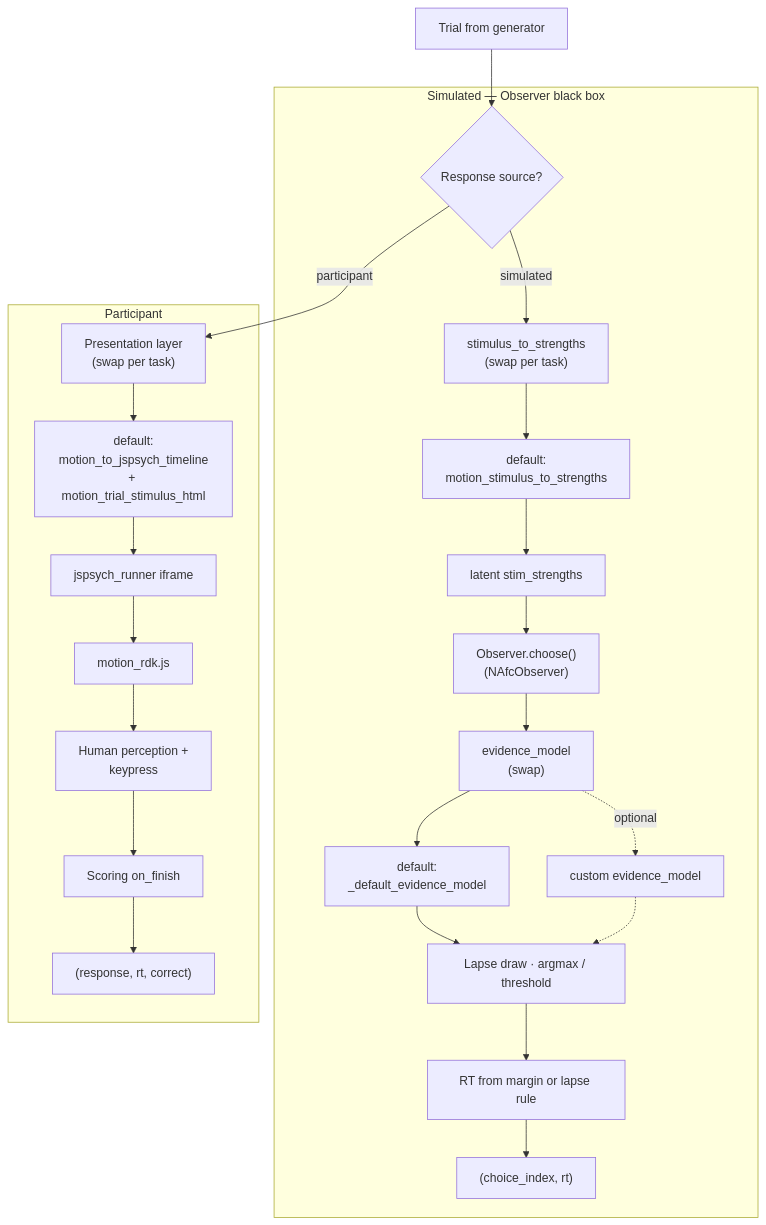
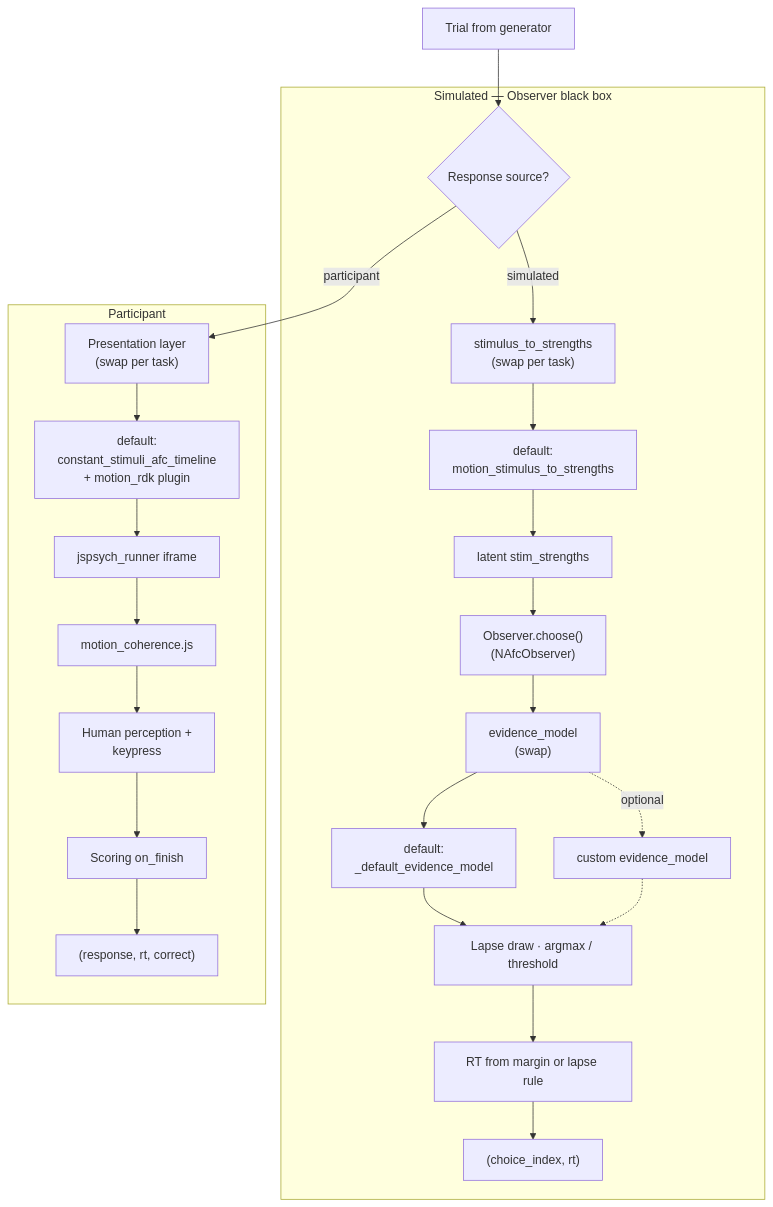
One commit to Jovan-Kemp/experiment-simulator changed the second of 2 diagrams in DOCUMENTATION.md. Above: the diagram before and after it, drawn with Mermaid. The commit also changed other lines of this file and 62 other files, not shown here.

````diff
--- a/DOCUMENTATION.md
+++ b/DOCUMENTATION.md
@@ -65,31 +65,31 @@
 ```mermaid
 flowchart TB
   trial["Trial from generator"]
 
   direction{"Response source?"}
   trial --> direction
 
   subgraph Sim["Simulated — Observer black box"]
     direction -->|simulated| stimHook["stimulus_to_strengths\n(swap per task)"]
     stimHook --> defaultMap["default:\nmotion_stimulus_to_strengths"]
     defaultMap --> strengths["latent stim_strengths"]
     strengths --> choose["Observer.choose()\n(NAfcObserver)"]
     choose --> evidenceHook["evidence_model\n(swap)"]
     evidenceHook --> defaultEV["default:\n_default_evidence_model"]
     evidenceHook -.->|optional| customEV["custom evidence_model"]
     defaultEV --> decision["Lapse draw · argmax / threshold"]
     customEV -.-> decision
     decision --> rtPath["RT from margin or lapse rule"]
     rtPath --> outSim["(choice_index, rt)"]
   end
 
   subgraph Part["Participant"]
     direction -->|participant| presHook["Presentation layer\n(swap per task)"]
-    presHook --> defaultPres["default:\nmotion_to_jspsych_timeline\n+ motion_trial_stimulus_html"]
+    presHook --> defaultPres["default:\nconstant_stimuli_afc_timeline\n+ motion_rdk plugin"]
     defaultPres --> runner["jspsych_runner iframe"]
-    runner --> rdk["motion_rdk.js"]
+    runner --> rdk["motion_coherence.js"]
     rdk --> human["Human perception +\nkeypress"]
     human --> score["Scoring on_finish"]
     score --> outHuman["(response, rt, correct)"]
   end
 ```
````
